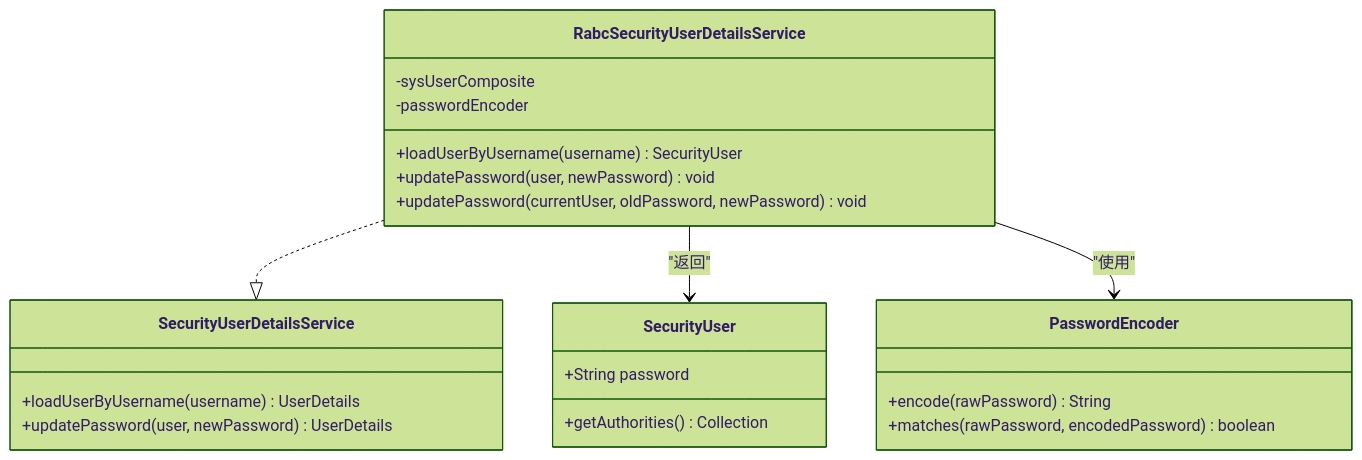
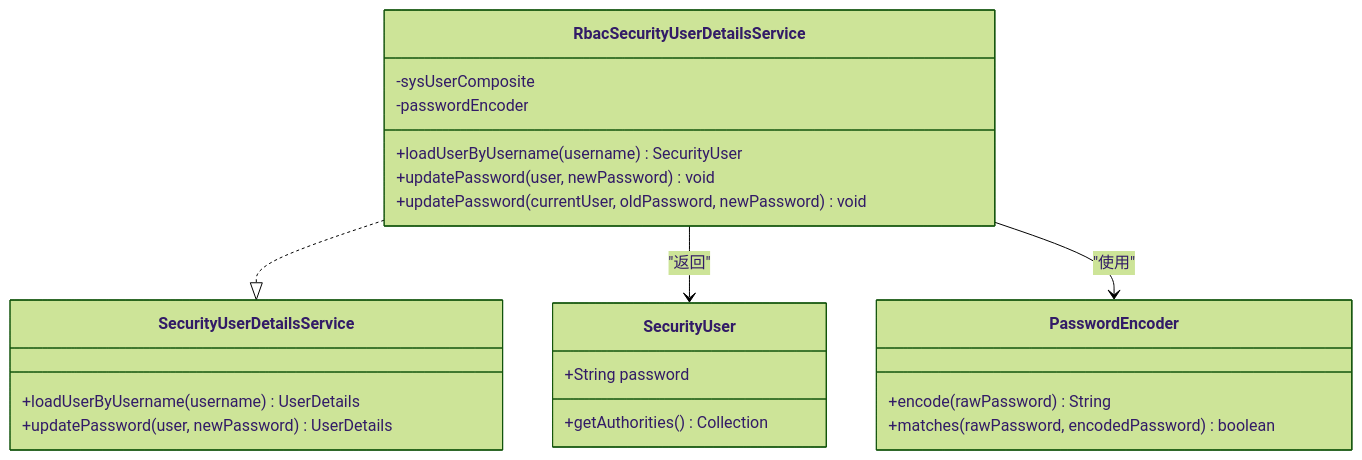
Before and after one commit to LiukewenSC/kewen-framework: the fourth of 5 diagrams in .qoder/repowiki/zh/content/权限系统 (qy-auth)/安全配置 (auth-spring-boot-starter)/密码认证机制.md, drawn with Mermaid (forest theme). The commit also changed other lines of this file and 764 other files, not shown here.

````diff
--- a/.qoder/repowiki/zh/content/权限系统 (qy-auth)/安全配置 (auth-spring-boot-starter)/密码认证机制.md
+++ b/.qoder/repowiki/zh/content/权限系统 (qy-auth)/安全配置 (auth-spring-boot-starter)/密码认证机制.md
@@ -198,25 +198,25 @@
 ```mermaid
 classDiagram
 class SecurityUserDetailsService {
 +loadUserByUsername(username) UserDetails
 +updatePassword(user, newPassword) UserDetails
 }
-class RabcSecurityUserDetailsService {
+class RbacSecurityUserDetailsService {
 -sysUserComposite
 -passwordEncoder
 +loadUserByUsername(username) SecurityUser
 +updatePassword(user, newPassword) void
 +updatePassword(currentUser, oldPassword, newPassword) void
 }
 class SecurityUser {
 +String password
 +getAuthorities() Collection
 }
 class PasswordEncoder {
 +encode(rawPassword) String
 +matches(rawPassword, encodedPassword) boolean
 }
-RabcSecurityUserDetailsService ..|> SecurityUserDetailsService
-RabcSecurityUserDetailsService --> SecurityUser : "返回"
-RabcSecurityUserDetailsService --> PasswordEncoder : "使用"
+RbacSecurityUserDetailsService ..|> SecurityUserDetailsService
+RbacSecurityUserDetailsService --> SecurityUser : "返回"
+RbacSecurityUserDetailsService --> PasswordEncoder : "使用"
 ```
````
